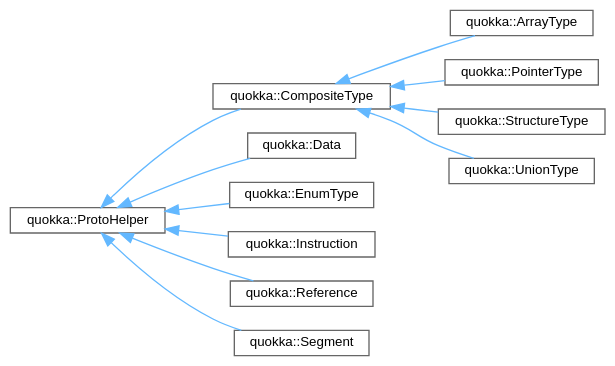
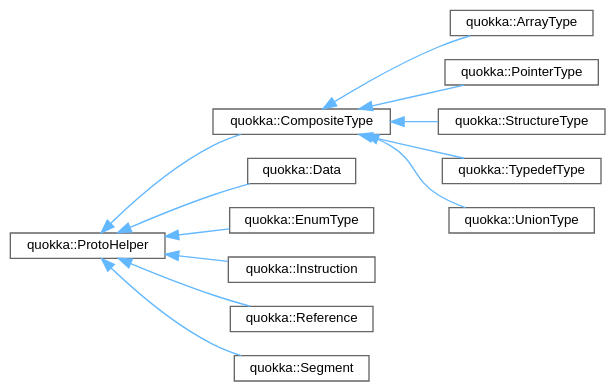
One commit to quarkslab/quokka changed the diagram in reference/cpp/inherit_graph_27.dot. Above: the diagram before and after it, drawn with Graphviz. The commit also changed 69 other files, not shown here.

```diff
--- a/reference/cpp/inherit_graph_27.dot
+++ b/reference/cpp/inherit_graph_27.dot
@@ -1,29 +1,31 @@
 digraph "Graphical Class Hierarchy"
 {
  // LATEX_PDF_SIZE
   bgcolor="transparent";
   edge [fontname=Helvetica,fontsize=10,labelfontname=Helvetica,labelfontsize=10];
   node [fontname=Helvetica,fontsize=10,shape=box,height=0.2,width=0.4];
   rankdir="LR";
   Node0 [id="Node000000",label="quokka::ProtoHelper",height=0.2,width=0.4,color="grey40", fillcolor="white", style="filled",URL="$classquokka_1_1ProtoHelper.html",tooltip=" "];
   Node0 -> Node1 [id="edge14_Node000000_Node000001",dir="back",color="steelblue1",style="solid",tooltip=" "];
   Node1 [id="Node000001",label="quokka::CompositeType",height=0.2,width=0.4,color="grey40", fillcolor="white", style="filled",URL="$classquokka_1_1CompositeType.html",tooltip=" "];
   Node1 -> Node2 [id="edge15_Node000001_Node000002",dir="back",color="steelblue1",style="solid",tooltip=" "];
   Node2 [id="Node000002",label="quokka::ArrayType",height=0.2,width=0.4,color="grey40", fillcolor="white", style="filled",URL="$classquokka_1_1ArrayType.html",tooltip=" "];
   Node1 -> Node3 [id="edge16_Node000001_Node000003",dir="back",color="steelblue1",style="solid",tooltip=" "];
   Node3 [id="Node000003",label="quokka::PointerType",height=0.2,width=0.4,color="grey40", fillcolor="white", style="filled",URL="$classquokka_1_1PointerType.html",tooltip=" "];
   Node1 -> Node4 [id="edge17_Node000001_Node000004",dir="back",color="steelblue1",style="solid",tooltip=" "];
   Node4 [id="Node000004",label="quokka::StructureType",height=0.2,width=0.4,color="grey40", fillcolor="white", style="filled",URL="$classquokka_1_1StructureType.html",tooltip=" "];
   Node1 -> Node5 [id="edge18_Node000001_Node000005",dir="back",color="steelblue1",style="solid",tooltip=" "];
-  Node5 [id="Node000005",label="quokka::UnionType",height=0.2,width=0.4,color="grey40", fillcolor="white", style="filled",URL="$classquokka_1_1UnionType.html",tooltip=" "];
-  Node0 -> Node6 [id="edge19_Node000000_Node000006",dir="back",color="steelblue1",style="solid",tooltip=" "];
-  Node6 [id="Node000006",label="quokka::Data",height=0.2,width=0.4,color="grey40", fillcolor="white", style="filled",URL="$classquokka_1_1Data.html",tooltip=" "];
+  Node5 [id="Node000005",label="quokka::TypedefType",height=0.2,width=0.4,color="grey40", fillcolor="white", style="filled",URL="$classquokka_1_1TypedefType.html",tooltip=" "];
+  Node1 -> Node6 [id="edge19_Node000001_Node000006",dir="back",color="steelblue1",style="solid",tooltip=" "];
+  Node6 [id="Node000006",label="quokka::UnionType",height=0.2,width=0.4,color="grey40", fillcolor="white", style="filled",URL="$classquokka_1_1UnionType.html",tooltip=" "];
   Node0 -> Node7 [id="edge20_Node000000_Node000007",dir="back",color="steelblue1",style="solid",tooltip=" "];
-  Node7 [id="Node000007",label="quokka::EnumType",height=0.2,width=0.4,color="grey40", fillcolor="white", style="filled",URL="$classquokka_1_1EnumType.html",tooltip=" "];
+  Node7 [id="Node000007",label="quokka::Data",height=0.2,width=0.4,color="grey40", fillcolor="white", style="filled",URL="$classquokka_1_1Data.html",tooltip=" "];
   Node0 -> Node8 [id="edge21_Node000000_Node000008",dir="back",color="steelblue1",style="solid",tooltip=" "];
-  Node8 [id="Node000008",label="quokka::Instruction",height=0.2,width=0.4,color="grey40", fillcolor="white", style="filled",URL="$classquokka_1_1Instruction.html",tooltip=" "];
+  Node8 [id="Node000008",label="quokka::EnumType",height=0.2,width=0.4,color="grey40", fillcolor="white", style="filled",URL="$classquokka_1_1EnumType.html",tooltip=" "];
   Node0 -> Node9 [id="edge22_Node000000_Node000009",dir="back",color="steelblue1",style="solid",tooltip=" "];
-  Node9 [id="Node000009",label="quokka::Reference",height=0.2,width=0.4,color="grey40", fillcolor="white", style="filled",URL="$classquokka_1_1Reference.html",tooltip=" "];
+  Node9 [id="Node000009",label="quokka::Instruction",height=0.2,width=0.4,color="grey40", fillcolor="white", style="filled",URL="$classquokka_1_1Instruction.html",tooltip=" "];
   Node0 -> Node10 [id="edge23_Node000000_Node000010",dir="back",color="steelblue1",style="solid",tooltip=" "];
-  Node10 [id="Node000010",label="quokka::Segment",height=0.2,width=0.4,color="grey40", fillcolor="white", style="filled",URL="$structquokka_1_1Segment.html",tooltip=" "];
+  Node10 [id="Node000010",label="quokka::Reference",height=0.2,width=0.4,color="grey40", fillcolor="white", style="filled",URL="$classquokka_1_1Reference.html",tooltip=" "];
+  Node0 -> Node11 [id="edge24_Node000000_Node000011",dir="back",color="steelblue1",style="solid",tooltip=" "];
+  Node11 [id="Node000011",label="quokka::Segment",height=0.2,width=0.4,color="grey40", fillcolor="white", style="filled",URL="$structquokka_1_1Segment.html",tooltip=" "];
 }
```
